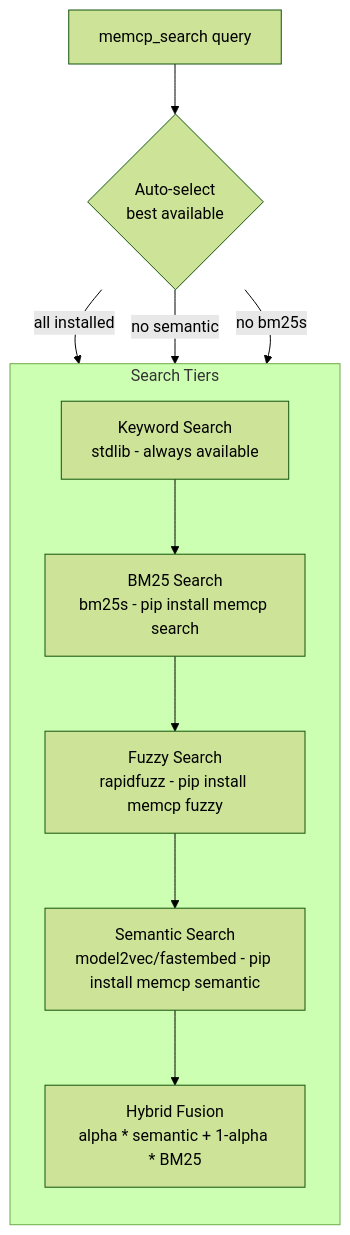
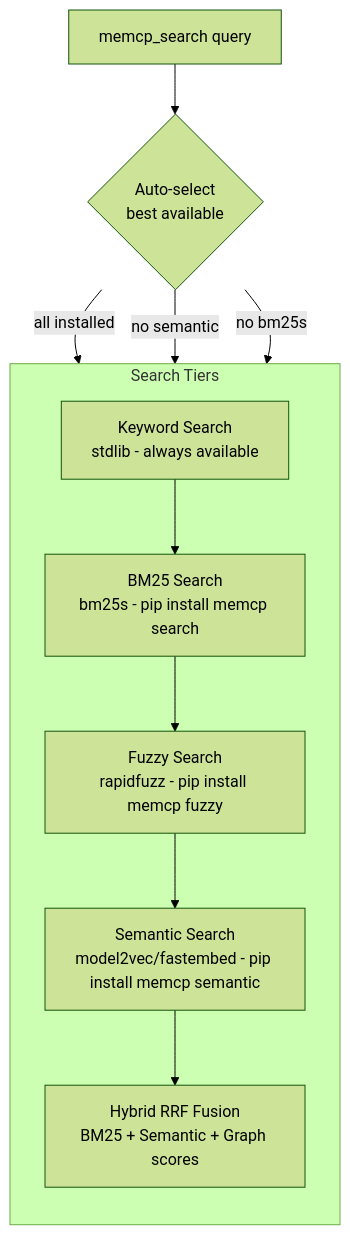
One commit to jeffborden/memcp-public changed the fourth of 7 diagrams in docs/ARCHITECTURE.md. Above: the diagram before and after it, drawn with Mermaid (forest theme). The commit also changed other lines of this file and 8 other files, not shown here.

````diff
--- a/docs/ARCHITECTURE.md
+++ b/docs/ARCHITECTURE.md
@@ -97,15 +98,15 @@
 ```mermaid
 flowchart TD
     subgraph "Search Tiers"
         direction TB
         K1[Keyword Search<br/>stdlib - always available] --> K2[BM25 Search<br/>bm25s - pip install memcp search]
         K2 --> K3[Fuzzy Search<br/>rapidfuzz - pip install memcp fuzzy]
         K3 --> K4[Semantic Search<br/>model2vec/fastembed - pip install memcp semantic]
-        K4 --> K5[Hybrid Fusion<br/>alpha * semantic + 1-alpha * BM25]
+        K4 --> K5[Hybrid RRF Fusion<br/>BM25 + Semantic + Graph scores]
     end
 
     Q[memcp_search query] --> AUTO{Auto-select<br/>best available}
     AUTO -->|all installed| K5
     AUTO -->|no semantic| K2
     AUTO -->|no bm25s| K1
 ```
````
